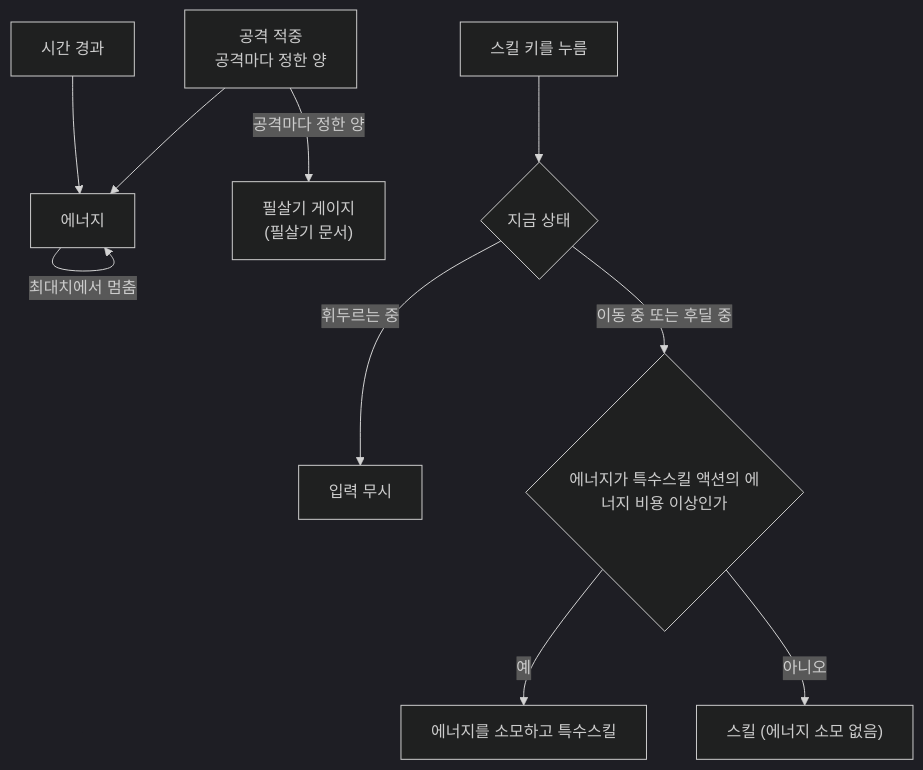
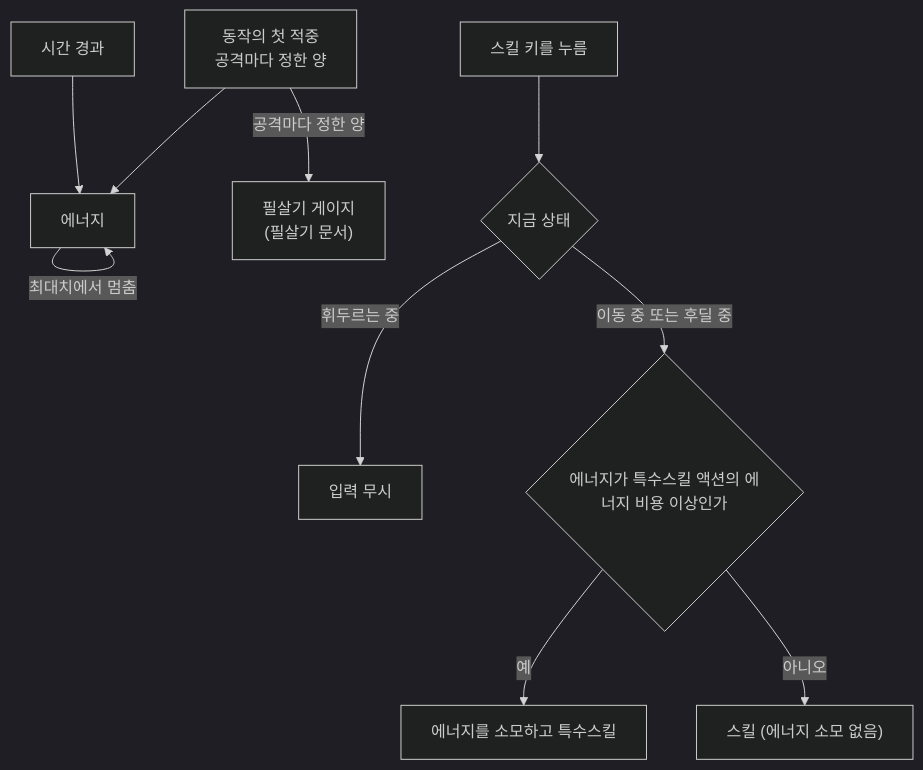
Before and after one commit to SquashPrince/Develrocket_mp15_HHH: the fifth of 6 diagrams in Docs/Technical/Player/PlayerAttack.md, drawn with Mermaid (dark theme). The commit also changed other lines of this file and 4 other files, not shown here.

````diff
--- a/Docs/Technical/Player/PlayerAttack.md
+++ b/Docs/Technical/Player/PlayerAttack.md
@@ -166,12 +166,12 @@
 ```mermaid
 flowchart TD
     T["시간 경과"] --> E["에너지"]
-    HIT["공격 적중<br>공격마다 정한 양"] --> E
+    HIT["동작의 첫 적중<br>공격마다 정한 양"] --> E
     HIT -->|"공격마다 정한 양"| UG["필살기 게이지<br>(필살기 문서)"]
     E -->|"최대치에서 멈춤"| E
     K["스킬 키를 누름"] --> W{"지금 상태"}
     W -->|"휘두르는 중"| X["입력 무시"]
     W -->|"이동 중 또는 후딜 중"| Q{"에너지가 특수스킬 액션의 에너지 비용 이상인가"}
     Q -->|"예"| SP["에너지를 소모하고 특수스킬"]
     Q -->|"아니오"| SK["스킬 (에너지 소모 없음)"]
 ```
````
